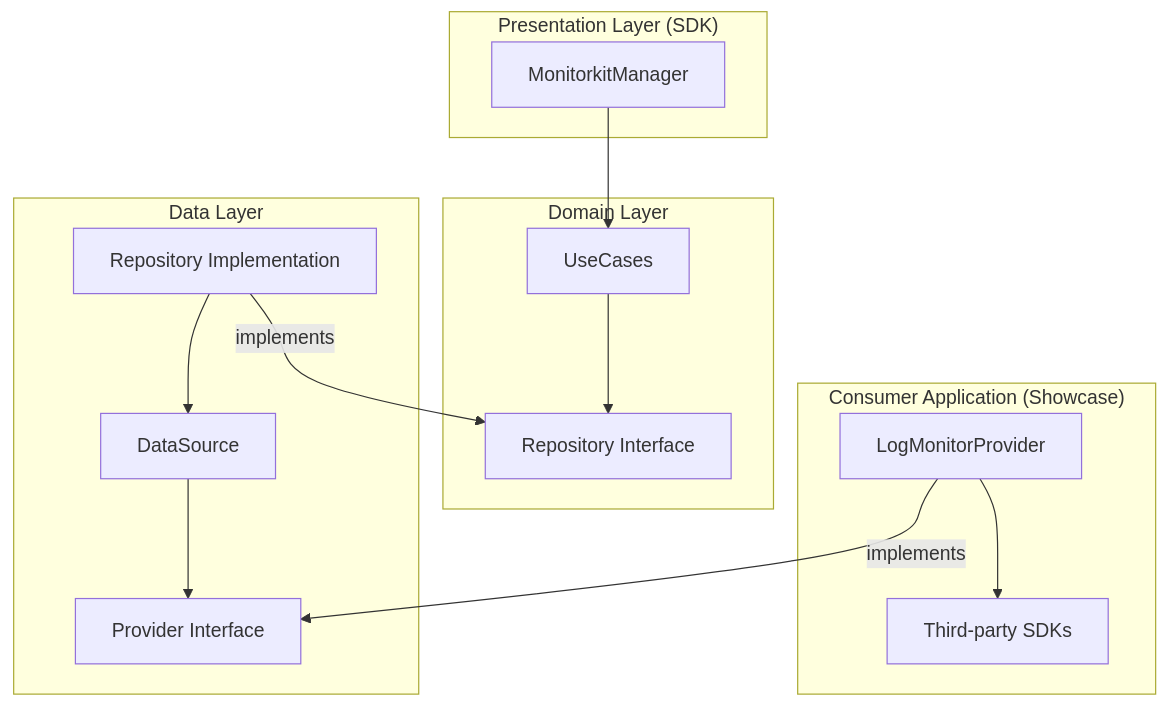
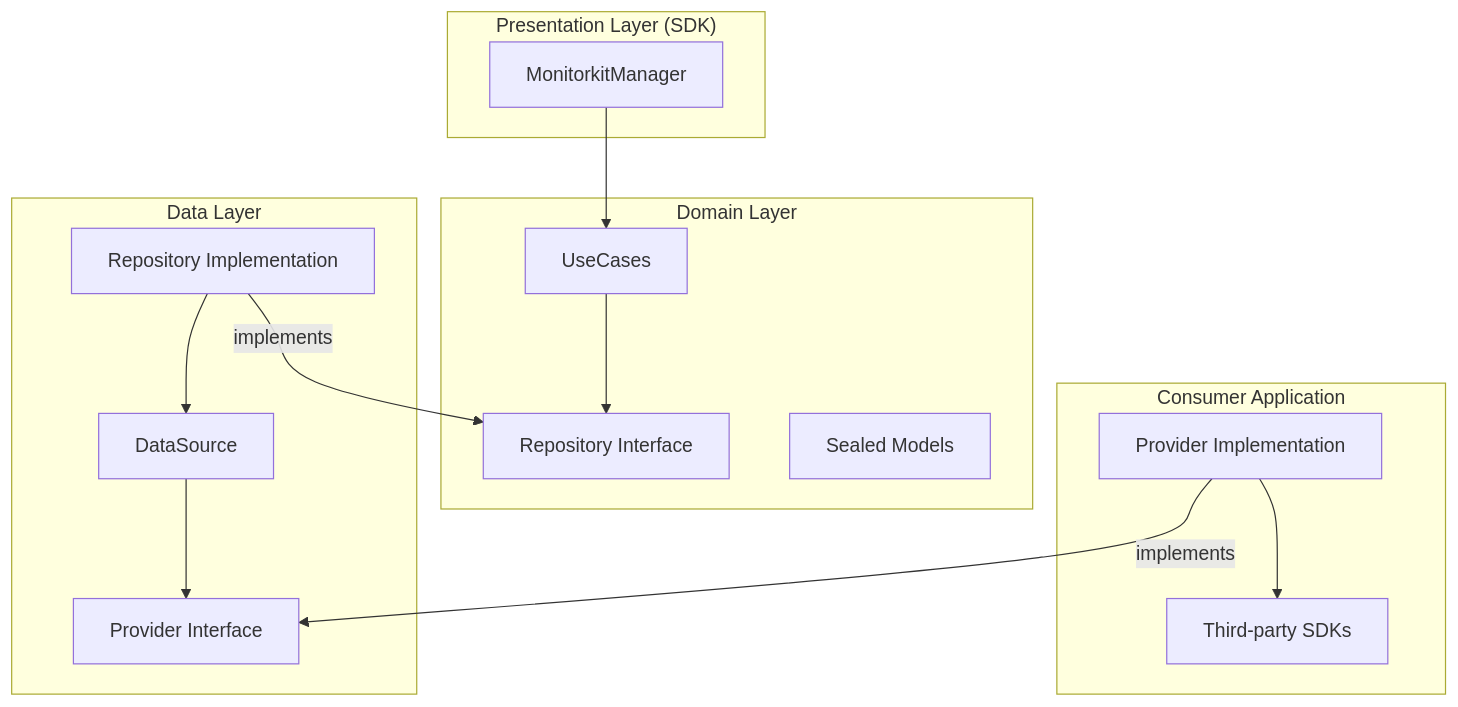
The diagram in README.md (joshluq/monitorkit-android), drawn with Mermaid before and after one commit. The commit also changed other lines of this file and 9 other files, not shown here.

````diff
--- a/README.md
+++ b/README.md
@@ -20,30 +21,31 @@
 ```mermaid
 graph TD
     subgraph "Presentation Layer (SDK)"
         M[MonitorkitManager]
     end
 
     subgraph "Domain Layer"
         UC[UseCases]
         R[Repository Interface]
+        MOD[Sealed Models]
     end
 
     subgraph "Data Layer"
         RepoImpl[Repository Implementation]
         DS[DataSource]
         P[Provider Interface]
     end
 
-    subgraph "Consumer Application (Showcase)"
-        ImplP[LogMonitorProvider]
+    subgraph "Consumer Application"
+        ImplP[Provider Implementation]
         ExtLib[Third-party SDKs]
     end
 
     M --> UC
     UC --> R
     RepoImpl -- implements --> R
     RepoImpl --> DS
     DS --> P
     ImplP -- implements --> P
     ImplP --> ExtLib
 ```
````
